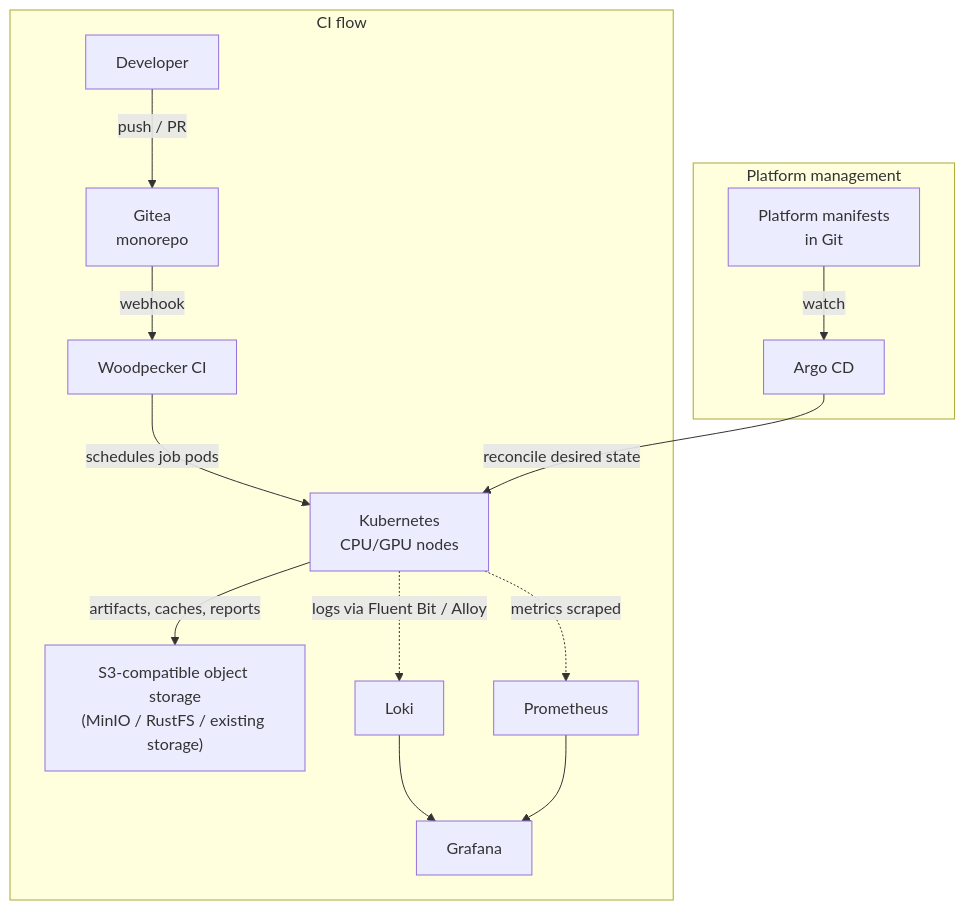
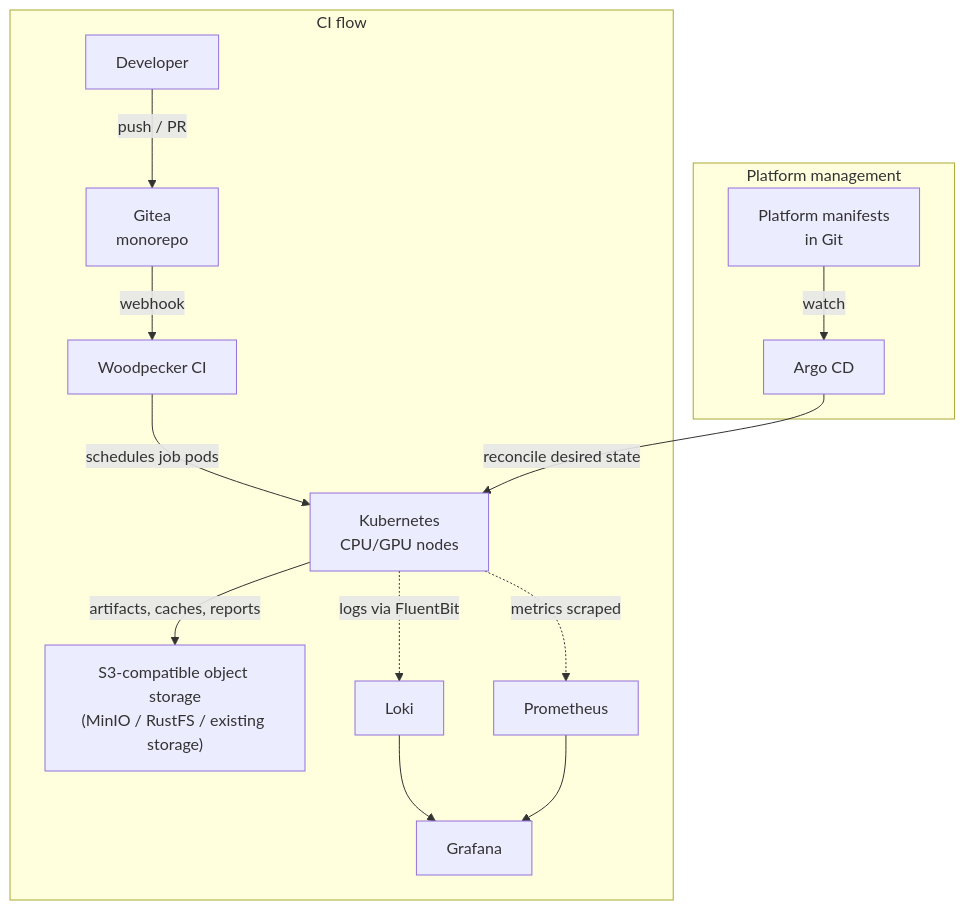
Before and after one commit to AnastasiiaRed/ims-case-studies: the diagram in case-study-2/CONCEPT.md, drawn with Mermaid.

Commit message:
Update log tools

````diff
--- a/case-study-2/CONCEPT.md
+++ b/case-study-2/CONCEPT.md
@@ -8,31 +8,31 @@
 ```mermaid
 flowchart TB
   subgraph CI["CI flow"]
     Dev["Developer"]
     Gitea["Gitea<br/>monorepo"]
     Woodpecker["Woodpecker CI"]
     K8s["Kubernetes<br/>CPU/GPU nodes"]
     MinIO["S3-compatible object storage<br/>(MinIO / RustFS / existing storage)"]
     Loki["Loki"]
     Prometheus["Prometheus"]
     Grafana["Grafana"]
 
     Dev -->|"push / PR"| Gitea
     Gitea -->|"webhook"| Woodpecker
     Woodpecker -->|"schedules job pods"| K8s
     K8s -->|"artifacts, caches, reports"| MinIO
-    K8s -.->|"logs via Fluent Bit / Alloy"| Loki
+    K8s -.->|"logs via FluentBit"| Loki
     K8s -.->|"metrics scraped"| Prometheus
     Loki --> Grafana
     Prometheus --> Grafana
   end
 
   subgraph Platform["Platform management"]
     GitOps["Platform manifests<br/>in Git"]
     Argo["Argo CD"]
 
     GitOps -->|"watch"| Argo
   end
 
   Argo -->|"reconcile desired state"| K8s
 ```
````
